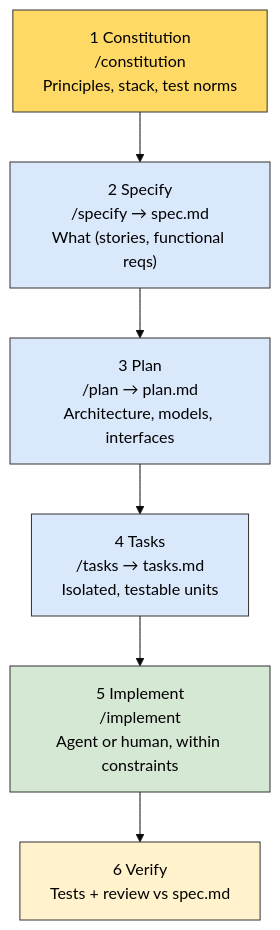
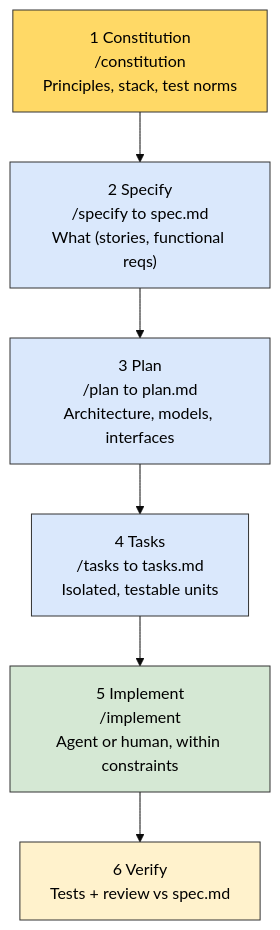
One commit to Swamy-s-Tech-Skills-Academy-2026/spec-driven-development-in-practice changed the diagram in src/notes/04_specs-as-contract-for-ai-agents.md. Above: the diagram before and after it, drawn with Mermaid (base theme).

Commit message:
Update flowchart links in specifications to improve clarity and consistency

````diff
--- a/src/notes/04_specs-as-contract-for-ai-agents.md
+++ b/src/notes/04_specs-as-contract-for-ai-agents.md
@@ -114,16 +114,16 @@
 ```mermaid
 flowchart TD
   P1["1 Constitution<br/>/constitution<br/>Principles, stack, test norms"]
-  P2["2 Specify<br/>/specify → spec.md<br/>What (stories, functional reqs)"]
-  P3["3 Plan<br/>/plan → plan.md<br/>Architecture, models, interfaces"]
-  P4["4 Tasks<br/>/tasks → tasks.md<br/>Isolated, testable units"]
+  P2["2 Specify<br/>/specify to spec.md<br/>What (stories, functional reqs)"]
+  P3["3 Plan<br/>/plan to plan.md<br/>Architecture, models, interfaces"]
+  P4["4 Tasks<br/>/tasks to tasks.md<br/>Isolated, testable units"]
   P5["5 Implement<br/>/implement<br/>Agent or human, within constraints"]
   P6["6 Verify<br/>Tests + review vs spec.md"]
   P1 --> P2 --> P3 --> P4 --> P5 --> P6
   style P1 fill:#ffd966,stroke:#333,color:#000
   style P2 fill:#dae8fc,stroke:#333,color:#000
   style P3 fill:#dae8fc,stroke:#333,color:#000
   style P4 fill:#dae8fc,stroke:#333,color:#000
   style P5 fill:#d5e8d4,stroke:#333,color:#000
   style P6 fill:#fff2cc,stroke:#333,color:#000
 ```
````
